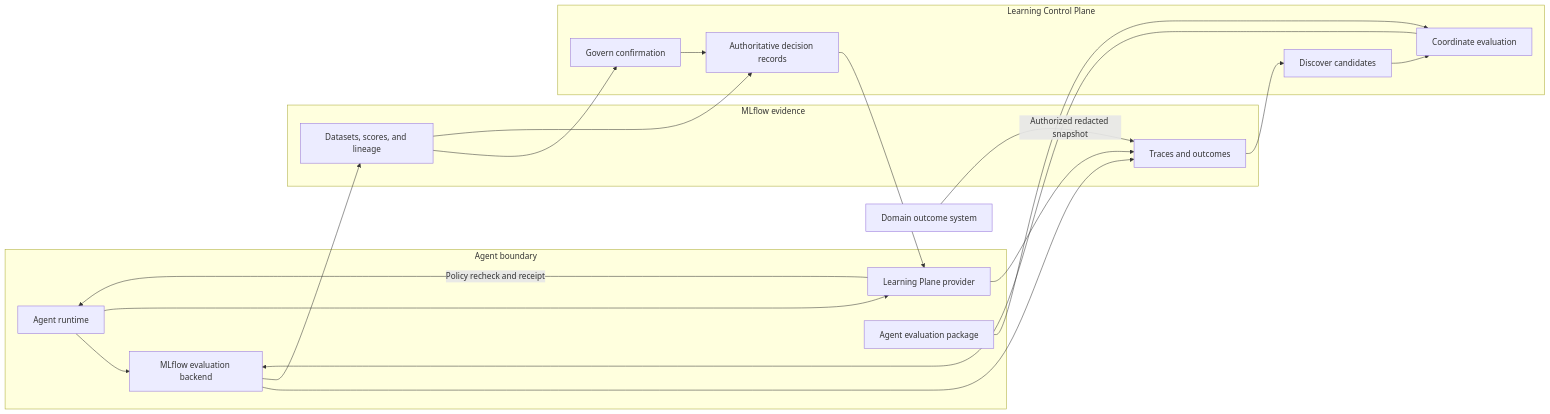
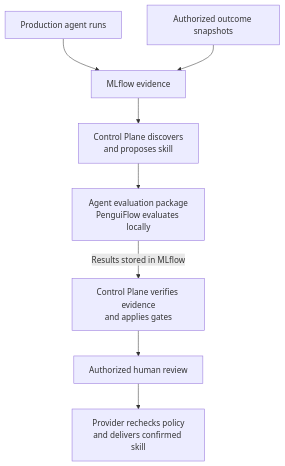
Before and after one commit to GMartin-dev/penguiflow: the second of 4 diagrams in docs/proposals/MLFLOW_LEARNING_CONTROL_PLANE_EXECUTIVE.md, drawn with Mermaid. The commit also changed other lines of this file and 4 other files, not shown here.

Commit message:
Nomenclature update, new info-graphic.

````diff
--- a/docs/proposals/MLFLOW_LEARNING_CONTROL_PLANE_EXECUTIVE.md
+++ b/docs/proposals/MLFLOW_LEARNING_CONTROL_PLANE_EXECUTIVE.md
@@ -38,38 +38,19 @@
 ```mermaid
-graph LR
-    subgraph Agent[Agent boundary]
-        A[Agent runtime]
-        B[MLflow evaluation backend]
-        P[Learning Plane provider]
-        K[Agent evaluation package]
-    end
+flowchart TB
+    A[Production agent runs]
+    O[Authorized outcome snapshots]
+    M[MLflow evidence]
+    C[Control Plane discovers<br/>and proposes skill]
+    E[Agent evaluation package<br/>PenguiFlow evaluates locally]
+    G[Control Plane verifies evidence<br/>and applies gates]
+    H[Authorized human review]
+    D[Provider rechecks policy<br/>and delivers confirmed skill]
 
-    subgraph Evidence[MLflow evidence]
-        M[Traces and outcomes]
-        V[Datasets, scores, and lineage]
-    end
-
-    subgraph Control[Learning Control Plane]
-        C[Discover candidates]
-        E[Coordinate evaluation]
-        H[Govern confirmation]
-        R[Authoritative decision records]
-    end
-
-    O[Domain outcome system] -->|Authorized redacted snapshot| M
-
-    A --> B
-    B --> M
-    A --> P
-    P --> M
+    A --> M
+    O --> M
     M --> C
     C --> E
-    K --> E
-    E --> B
-    B --> V
-    V --> H
-    V --> R
-    H --> R
-    R --> P
-    P -->|Policy recheck and receipt| A
+    E -->|Results stored in MLflow| G
+    G --> H
+    H --> D
 ```
````
